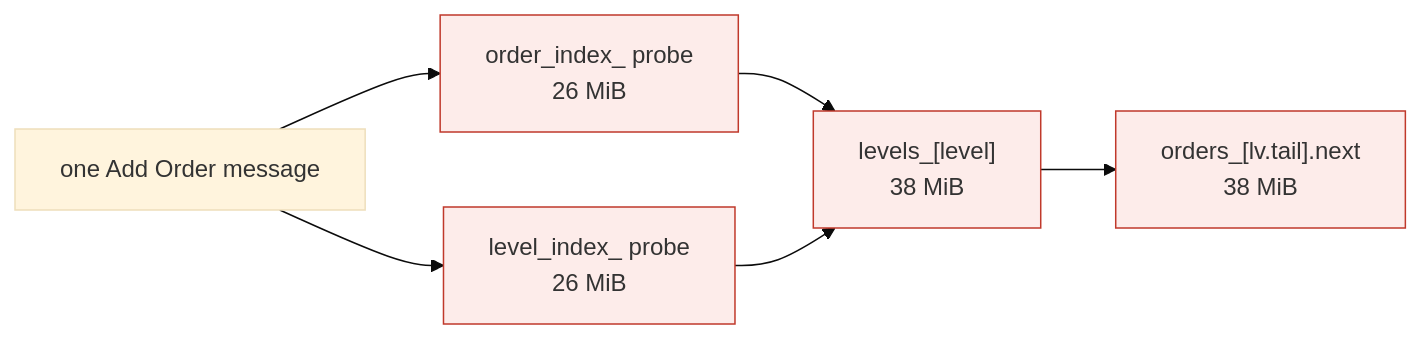
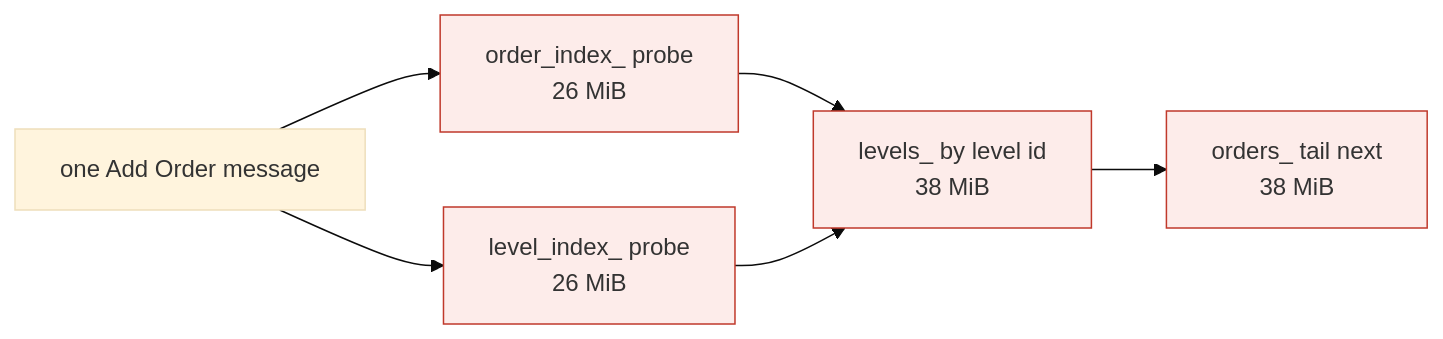
The first of 4 diagrams in README.md (Nciibi/hft-engine), drawn with Mermaid (base theme) before and after one commit. The commit also changed other lines of this file, not shown here.

````diff
--- a/README.md
+++ b/README.md
@@ -59,10 +59,10 @@
 ```mermaid
 flowchart LR
     msg["one Add Order message"] --> h1["order_index_ probe<br/>26 MiB"]
     msg --> h2["level_index_ probe<br/>26 MiB"]
-    h1 --> l1["levels_[level]<br/>38 MiB"]
+    h1 --> l1["levels_ by level id<br/>38 MiB"]
     h2 --> l1
-    l1 --> tail["orders_[lv.tail].next<br/>38 MiB"]
+    l1 --> tail["orders_ tail next<br/>38 MiB"]
     classDef big fill:#fdecea,stroke:#c0392b
     class h1,h2,l1,tail big
 ```
````
